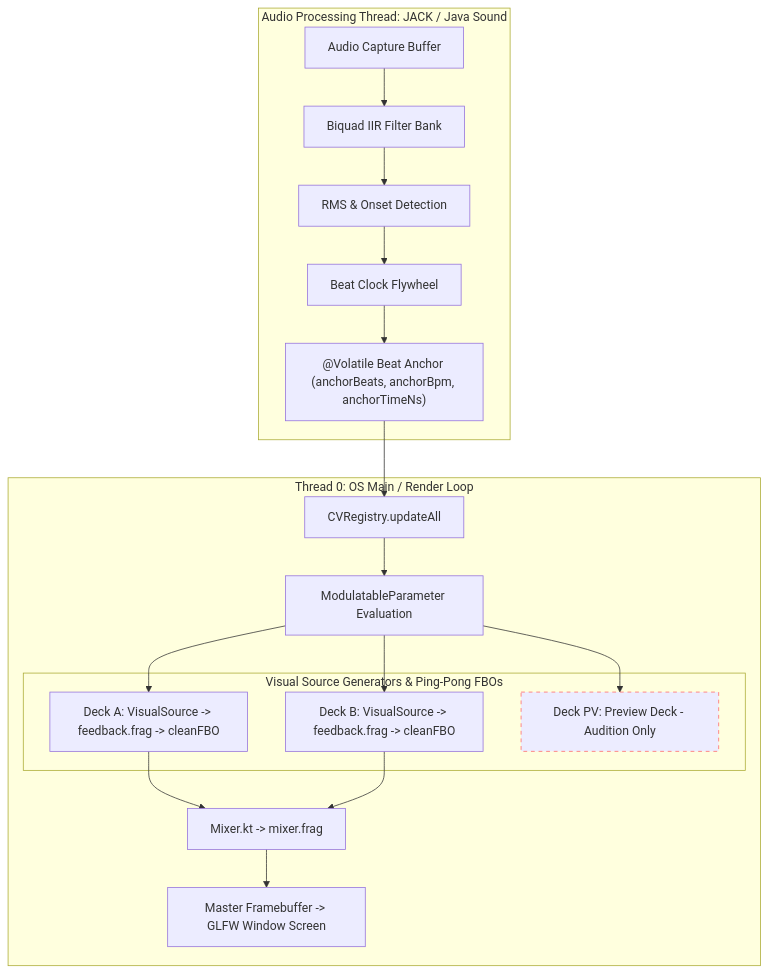
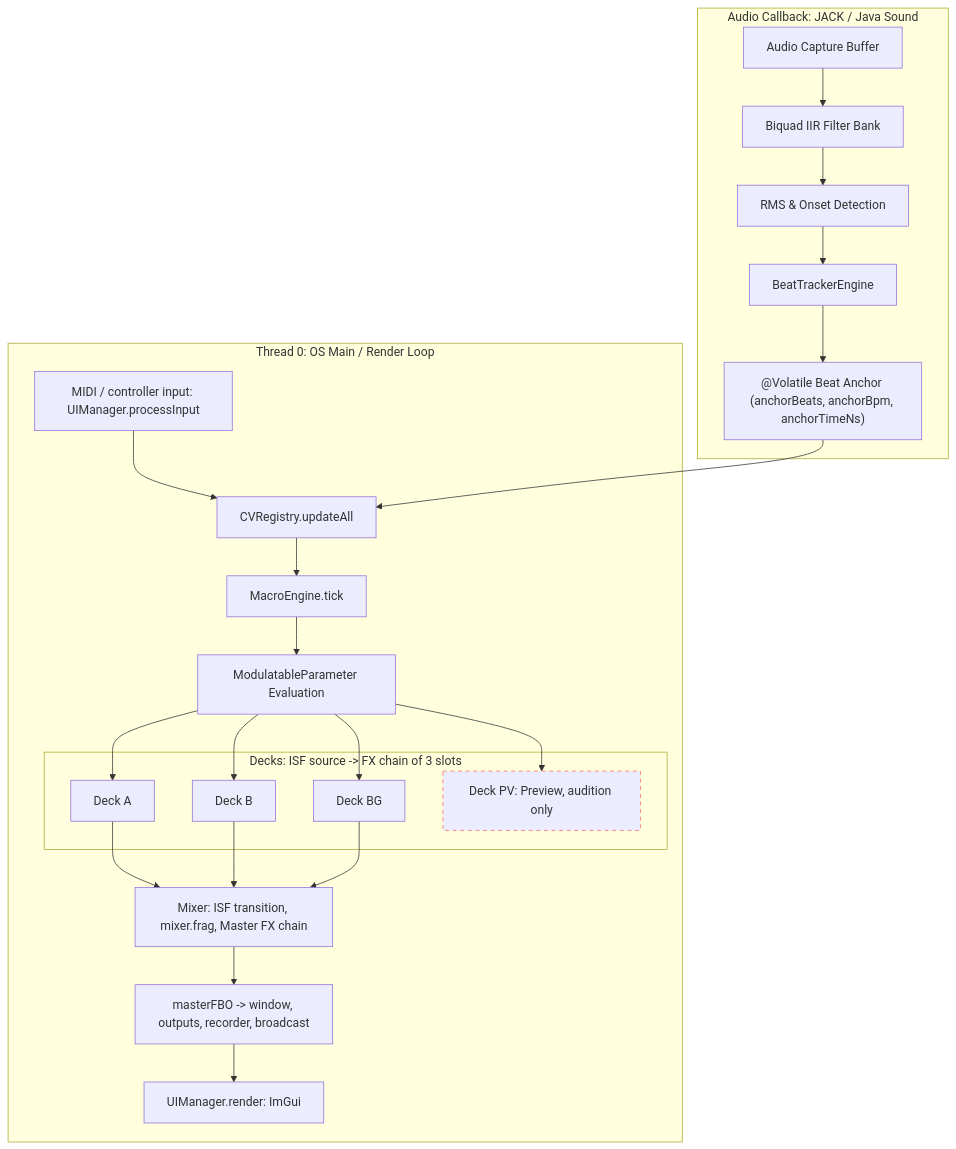
Before and after one commit to greenjon/liquid-lsd: the diagram in docs/developer/architecture.md, drawn with Mermaid. The commit also changed other lines of this file and 59 other files, not shown here.

First line of the commit message:
docs: sweep stale docs and comments after the architecture rewrite

````diff
--- a/docs/developer/architecture.md
+++ b/docs/developer/architecture.md
@@ -9,30 +11,36 @@
 ```mermaid
 graph TD
-    subgraph Audio_Thread [Audio Processing Thread: JACK / Java Sound]
+    subgraph Audio_Thread [Audio Callback: JACK / Java Sound]
         AudioIn[Audio Capture Buffer] --> Biquad[Biquad IIR Filter Bank]
         Biquad --> RMS[RMS & Onset Detection]
-        RMS --> Flywheel[Beat Clock Flywheel]
-        Flywheel --> Anchor["@Volatile Beat Anchor (anchorBeats, anchorBpm, anchorTimeNs)"]
+        RMS --> Tracker[BeatTrackerEngine]
+        Tracker --> Anchor["@Volatile Beat Anchor (anchorBeats, anchorBpm, anchorTimeNs)"]
     end
 
     subgraph Thread_0 [Thread 0: OS Main / Render Loop]
+        Input[MIDI / controller input: UIManager.processInput] --> CVReg
         Anchor --> CVReg[CVRegistry.updateAll]
-        CVReg --> ModEval[ModulatableParameter Evaluation]
-        
-        subgraph Deck_Generators [Visual Source Generators & Ping-Pong FBOs]
-            DeckA[Deck A: VisualSource -> feedback.frag -> cleanFBO]
-            DeckB[Deck B: VisualSource -> feedback.frag -> cleanFBO]
-            DeckPV[Deck PV: Preview Deck - Audition Only]
+        CVReg --> Macro[MacroEngine.tick]
+        Macro --> ModEval[ModulatableParameter Evaluation]
+
+        subgraph Decks [Decks: ISF source -> FX chain of 3 slots]
+            DeckA[Deck A]
+            DeckB[Deck B]
+            DeckBG[Deck BG]
+            DeckPV[Deck PV: Preview, audition only]
         end
-        
+
         ModEval --> DeckA
         ModEval --> DeckB
+        ModEval --> DeckBG
         ModEval --> DeckPV
-        
-        DeckA --> Mixer[Mixer.kt -> mixer.frag]
+
+        DeckA --> Mixer["Mixer: ISF transition, mixer.frag, Master FX chain"]
         DeckB --> Mixer
-        Mixer --> Screen[Master Framebuffer -> GLFW Window Screen]
+        DeckBG --> Mixer
+        Mixer --> Screen[masterFBO -> window, outputs, recorder, broadcast]
+        Screen --> UI[UIManager.render: ImGui]
     end
-    
+
     style DeckPV stroke:#f66,stroke-dasharray: 5 5
 ```
````
